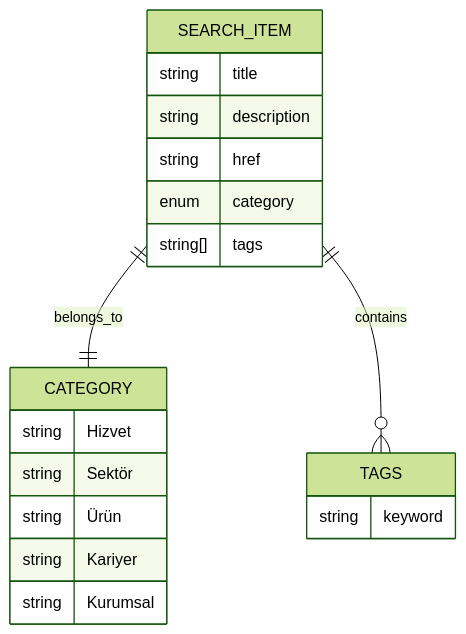
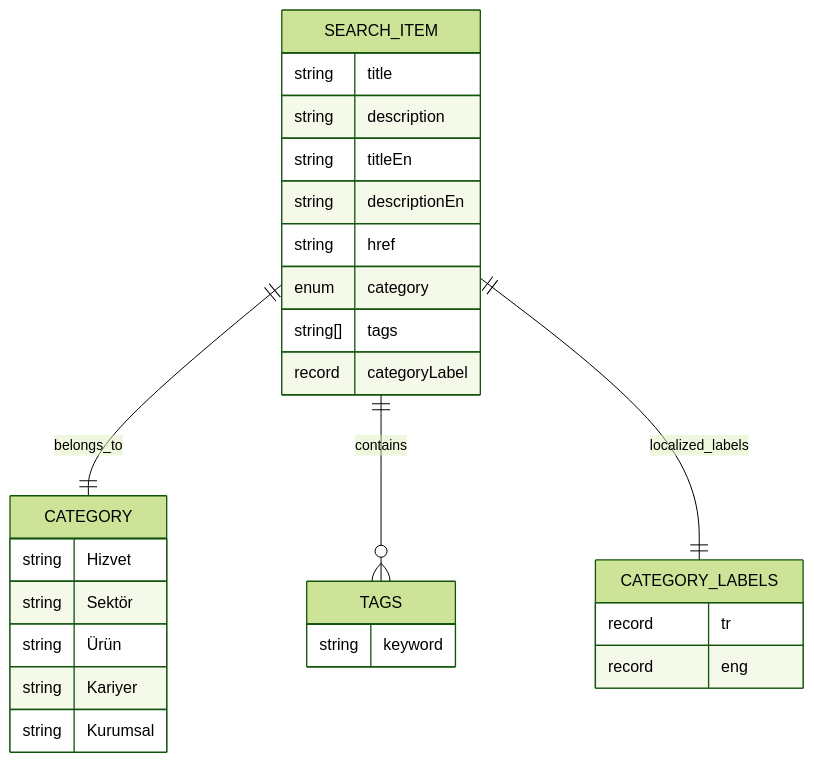
The third of 10 diagrams in .qoder/repowiki/en/content/Layout & Navigation/Search Overlay System.md (erdemerciyas/bgts), drawn with Mermaid (forest theme) before and after one commit. The commit also changed other lines of this file and 21 other files, not shown here.

````diff
--- a/.qoder/repowiki/en/content/Layout & Navigation/Search Overlay System.md
+++ b/.qoder/repowiki/en/content/Layout & Navigation/Search Overlay System.md
@@ -151,22 +190,30 @@
 ```mermaid
 erDiagram
 SEARCH_ITEM {
 string title
 string description
+string titleEn
+string descriptionEn
 string href
 enum category
 string[] tags
+record categoryLabel
 }
 CATEGORY {
 string Hizvet
 string Sektör
 string Ürün
 string Kariyer
 string Kurumsal
 }
+CATEGORY_LABELS {
+record tr
+record eng
+}
 TAGS {
 string keyword
 }
 SEARCH_ITEM ||--|| CATEGORY : "belongs_to"
 SEARCH_ITEM ||--o{ TAGS : "contains"
+SEARCH_ITEM ||--|| CATEGORY_LABELS : "localized_labels"
 ```
````
